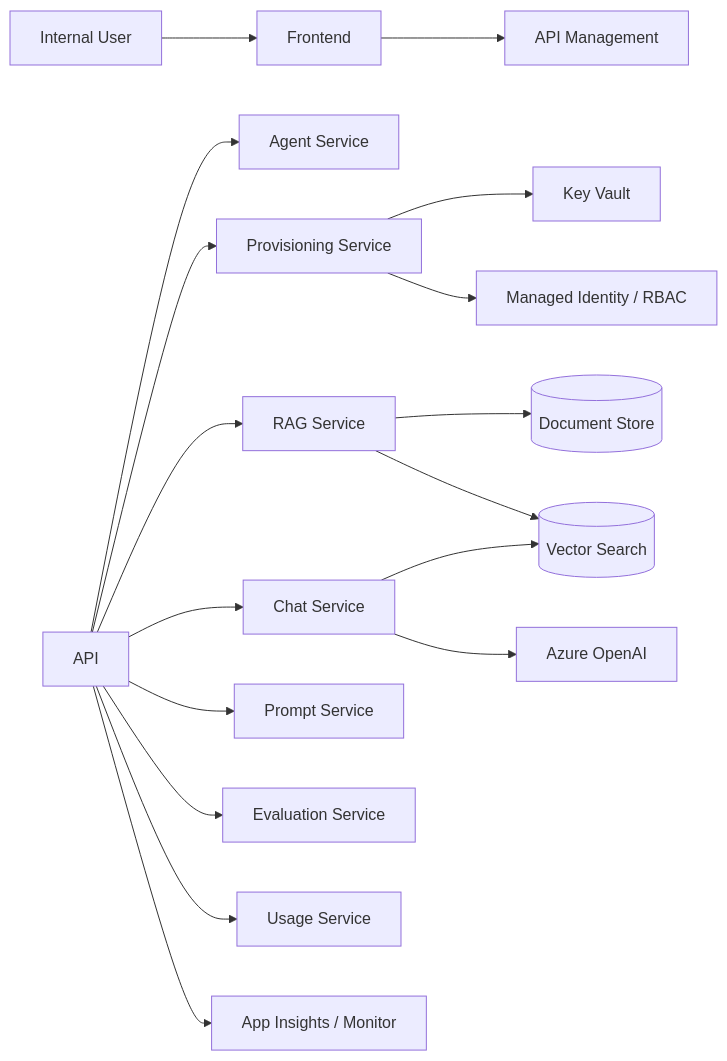
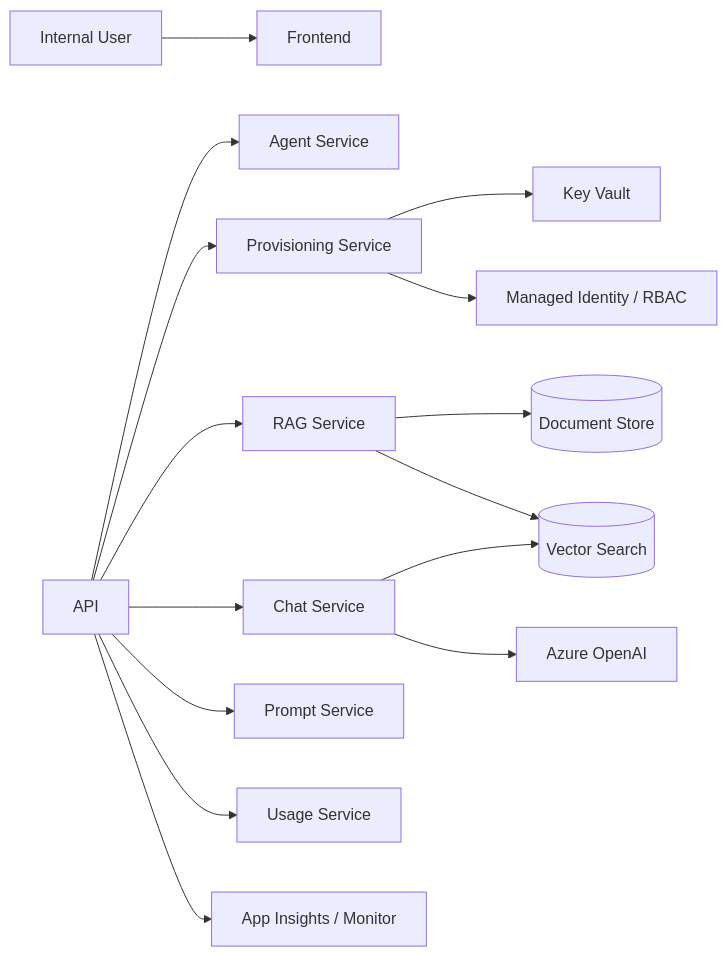
One commit to Shahidayatar/shahid_vontobel changed the diagram in README.md. Above: the diagram before and after it, drawn with Mermaid.

Commit message:
Update flowchart in README.md
Removed API Management and Evaluation Service from flowchart.

````diff
--- a/README.md
+++ b/README.md
@@ -13,19 +13,17 @@
 ```mermaid
 flowchart LR
   U[Internal User] --> FE[Frontend]
-  FE --> APIM[API Management]
   API --> AG[Agent Service]
   API --> PR[Provisioning Service]
   API --> RG[RAG Service]
   API --> CH[Chat Service]
   API --> PM[Prompt Service]
-  API --> EV[Evaluation Service]
   API --> US[Usage Service]
   RG --> DS[(Document Store)]
   RG --> VS[(Vector Search)]
   CH --> VS
   CH --> AOAI[Azure OpenAI]
   PR --> KV[Key Vault]
   PR --> MI[Managed Identity / RBAC]
   API --> AI[App Insights / Monitor]
 ```
````
